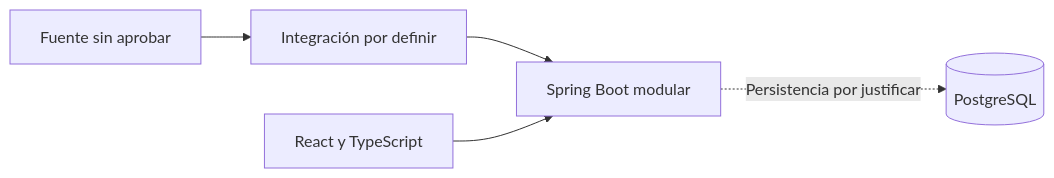
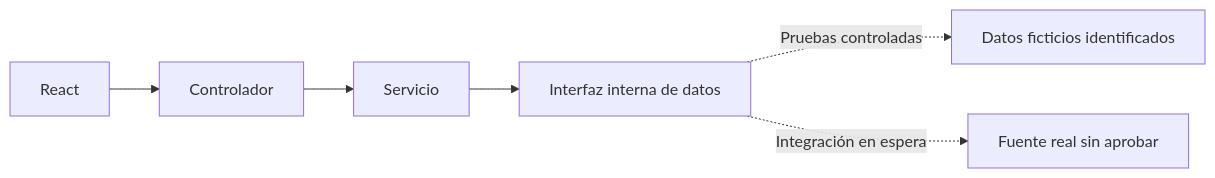
The diagram in docs/PROYECTO_CONTEXTO.md (DiegoGSUJA/boxscore), drawn with Mermaid before and after one commit. The commit also changed other lines of this file and 3 other files, not shown here.

````diff
--- a/docs/PROYECTO_CONTEXTO.md
+++ b/docs/PROYECTO_CONTEXTO.md
@@ -96,7 +52,8 @@
 ```mermaid
 flowchart LR
-    F[Fuente sin aprobar] --> I[Integración por definir]
-    I --> B[Spring Boot modular]
-    W[React y TypeScript] --> B
-    B -. Persistencia por justificar .-> P[(PostgreSQL)]
+    R[React] --> C[Controlador]
+    C --> S[Servicio]
+    S --> I[Interfaz interna de datos]
+    I -. Pruebas controladas .-> T[Datos ficticios identificados]
+    I -. Integración en espera .-> F[Fuente real sin aprobar]
 ```
````
